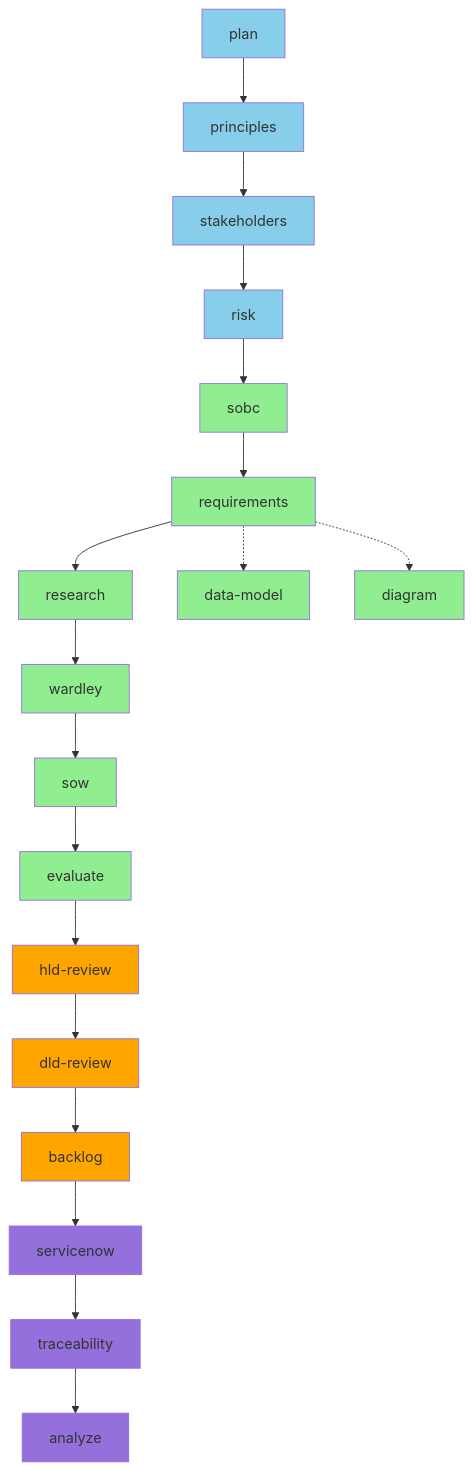
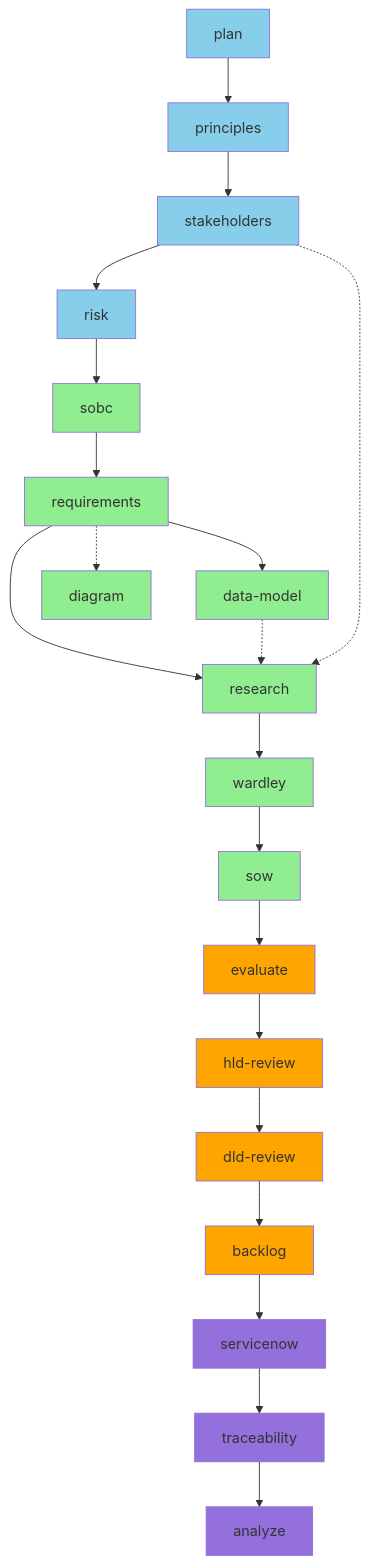
Before and after one commit to tractorjuice/arckit-test-project-v8-ons-data-platform: the first of 9 diagrams in WORKFLOW-DIAGRAMS.md, drawn with Mermaid. The commit also changed other lines of this file, not shown here.

First line of the commit message:
docs: update workflow diagrams to match dependency matrix v0.8.2

````diff
--- a/WORKFLOW-DIAGRAMS.md
+++ b/WORKFLOW-DIAGRAMS.md
@@ -18,54 +20,56 @@
 ```mermaid
 graph TD
     %% Tier 0-1: Foundation
     A[plan] --> B[principles]
     B --> C[stakeholders]
     C --> D[risk]
 
     %% Tier 2-3: Business Case & Requirements
     D --> E[sobc]
     E --> F[requirements]
 
     %% Tier 4: Detailed Design
-    F --> G[research]
-    G --> H[wardley]
+    F --> G[data-model]
+    F --> H[research]
+    G -.-> H
+    C -.-> H
+    H --> I[wardley]
 
     %% Tier 5: Procurement
-    H --> I[sow]
-    I --> J[evaluate]
+    I --> J[sow]
+    J --> K[evaluate]
 
     %% Tier 6: Design Reviews
-    J --> K[hld-review]
-    K --> L[dld-review]
+    K --> L[hld-review]
+    L --> M[dld-review]
 
     %% Tier 7: Implementation
-    L --> M[backlog]
+    M --> N[backlog]
 
     %% Tier 8-9: Operations & Quality
-    M --> N[servicenow]
-    N --> O[traceability]
-    O --> P[analyze]
+    N --> O[servicenow]
+    O --> P[traceability]
+    P --> Q[analyze]
 
     %% Optional parallel paths
-    F -.-> Q[data-model]
     F -.-> R[diagram]
 
     style A fill:#87CEEB
     style B fill:#87CEEB
     style C fill:#87CEEB
     style D fill:#87CEEB
     style E fill:#90EE90
     style F fill:#90EE90
     style G fill:#90EE90
     style H fill:#90EE90
     style I fill:#90EE90
     style J fill:#90EE90
     style K fill:#FFA500
     style L fill:#FFA500
     style M fill:#FFA500
-    style N fill:#9370DB
+    style N fill:#FFA500
     style O fill:#9370DB
     style P fill:#9370DB
-    style Q fill:#90EE90
+    style Q fill:#9370DB
     style R fill:#90EE90
 ```
````
